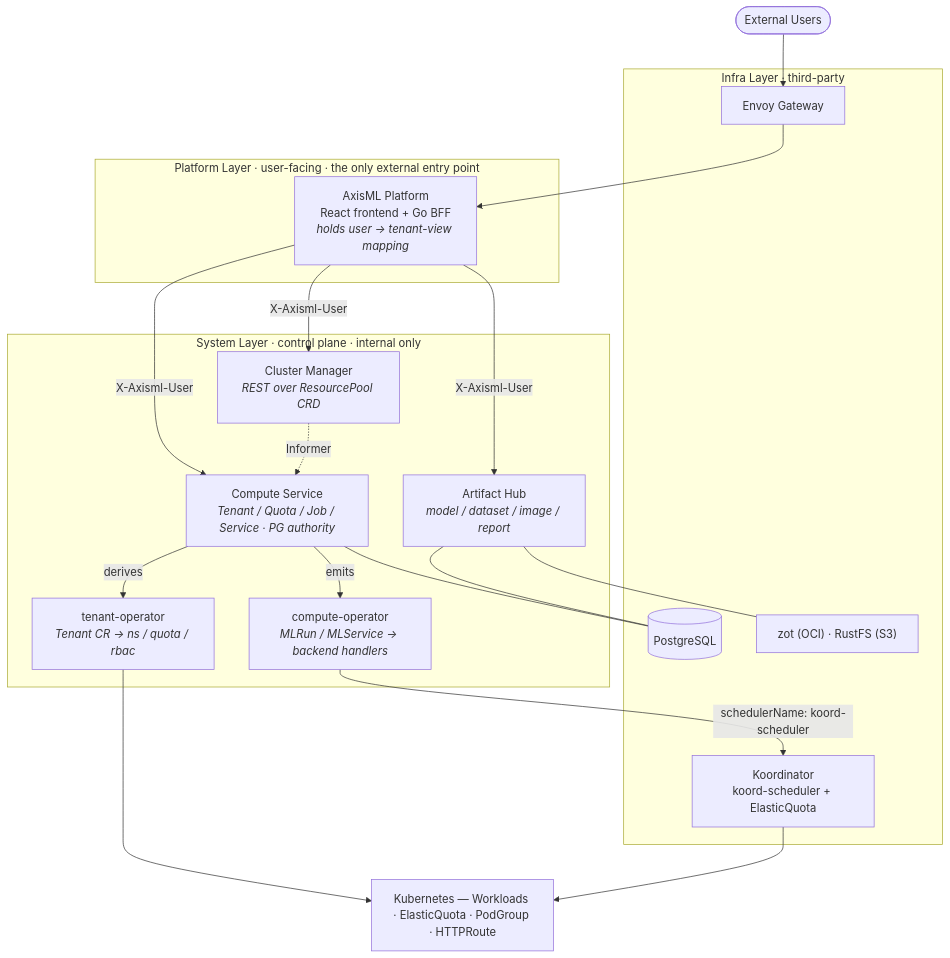
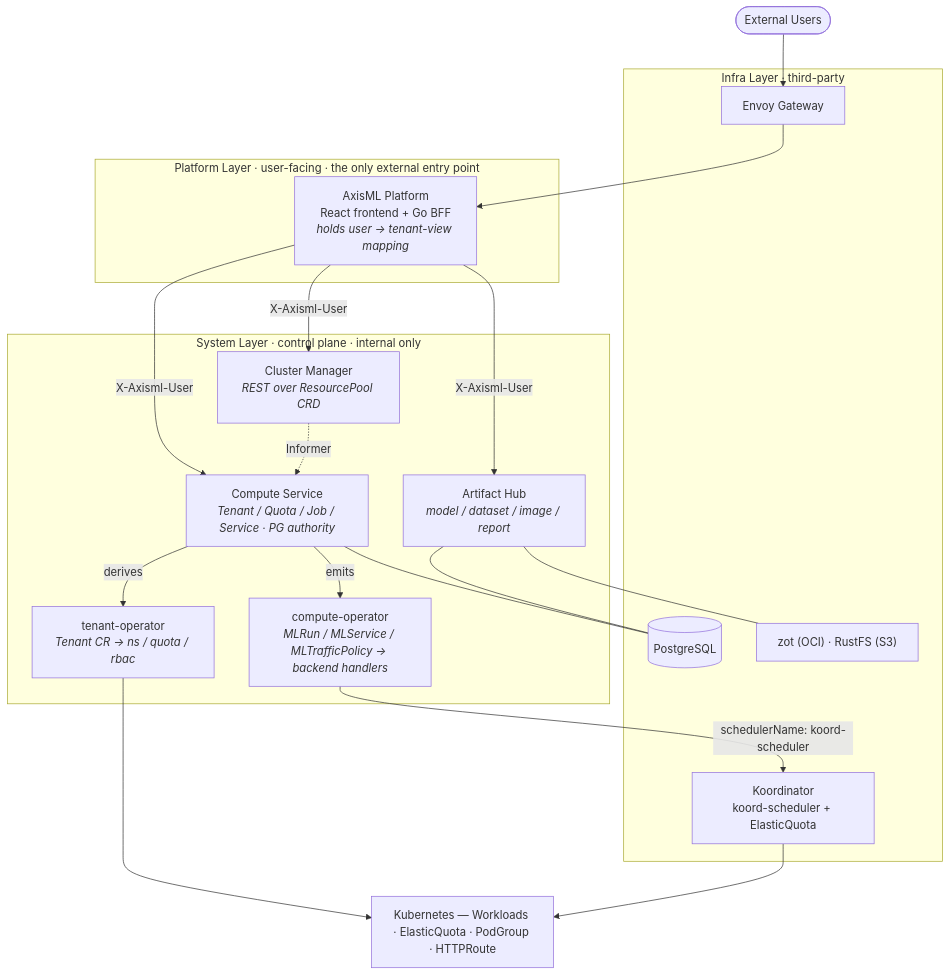
One commit to AxisML/axisml changed the diagram in README.md. Above: the diagram before and after it, drawn with Mermaid. The commit also changed other lines of this file, not shown here.

First line of the commit message:
docs: refresh README.md for current architecture

````diff
--- a/README.md
+++ b/README.md
@@ -50,35 +50,35 @@
 ```mermaid
 flowchart TD
     users([External Users])
 
     subgraph Platform["Platform Layer · user-facing · the only external entry point"]
         plat["AxisML Platform<br/>React frontend + Go BFF<br/><i>holds user → tenant-view mapping</i>"]
     end
 
     subgraph System["System Layer · control plane · internal only"]
         cm["Cluster Manager<br/><i>REST over ResourcePool CRD</i>"]
         cs["Compute Service<br/><i>Tenant / Quota / Job / Service · PG authority</i>"]
         ah["Artifact Hub<br/><i>model / dataset / image / report</i>"]
         to["tenant-operator<br/><i>Tenant CR → ns / quota / rbac</i>"]
-        co["compute-operator<br/><i>MLRun / MLService → backend handlers</i>"]
+        co["compute-operator<br/><i>MLRun / MLService / MLTrafficPolicy → backend handlers</i>"]
     end
 
     subgraph Infra["Infra Layer · third-party"]
         gw["Envoy Gateway"]
         koord["Koordinator<br/>koord-scheduler + ElasticQuota"]
         pg[("PostgreSQL")]
         store["zot (OCI) · RustFS (S3)"]
     end
 
     k8s["Kubernetes — Workloads · ElasticQuota · PodGroup · HTTPRoute"]
 
     users --> gw --> plat
     plat -->|X-Axisml-User| cm & cs & ah
     cs -->|derives| to
     cs -->|emits| co
     cm -.->|Informer| cs
     cs --- pg
     ah --- pg & store
     to --> k8s
     co -->|schedulerName: koord-scheduler| koord --> k8s
 ```
````
